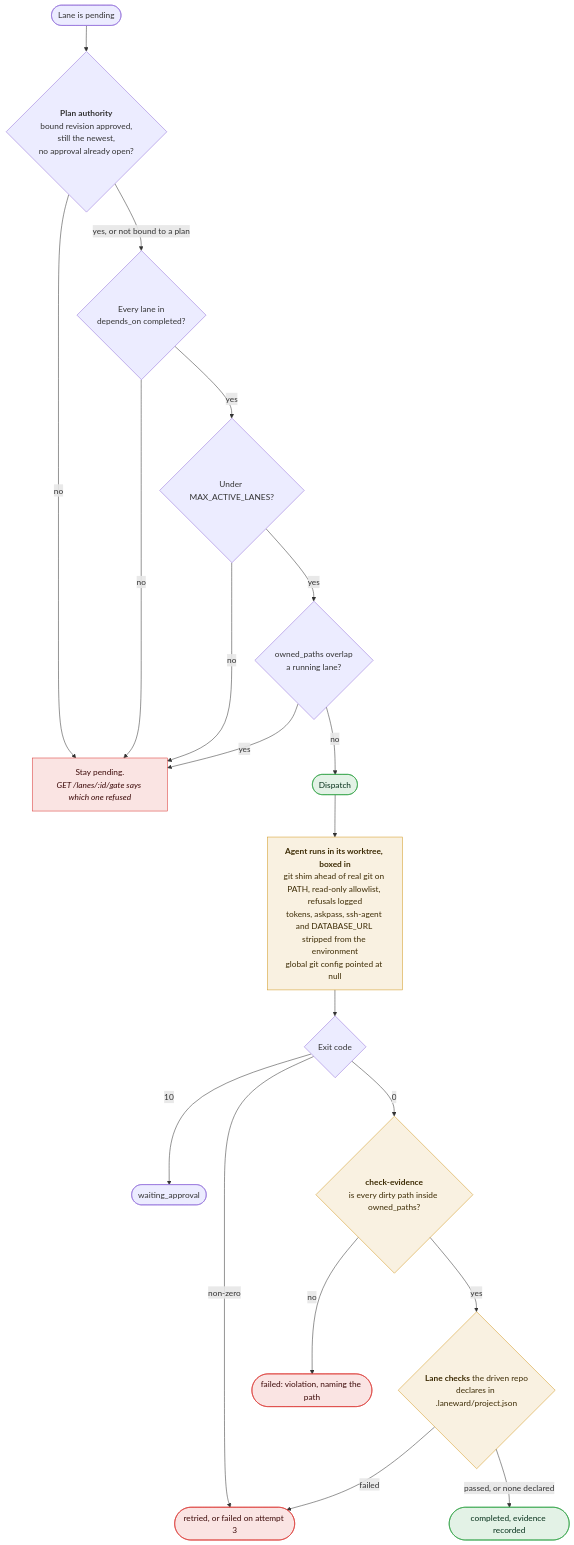
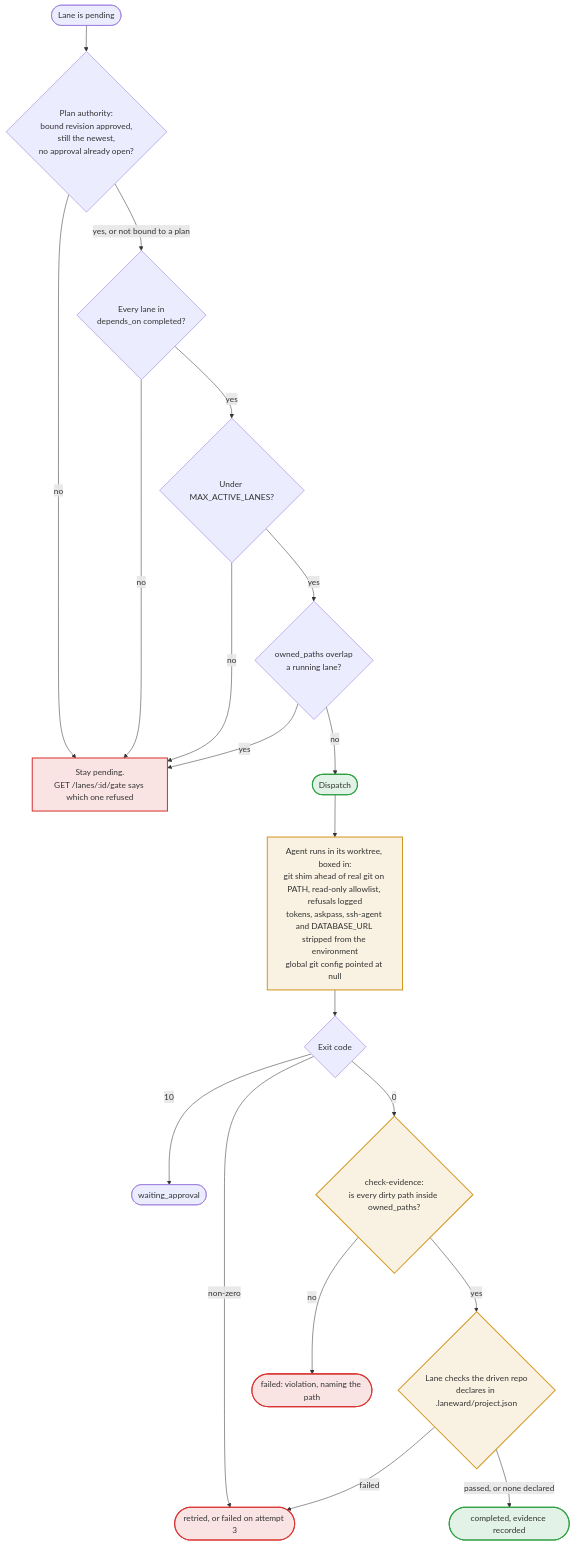
The third of 3 diagrams in README.md (aethrox/laneward), drawn with Mermaid before and after one commit. The commit also changed other lines of this file, not shown here.

First line of the commit message:
docs: make the diagrams survive dark mode and plain-text labels

````diff
--- a/README.md
+++ b/README.md
@@ -129,31 +129,31 @@
 ```mermaid
 flowchart TD
-    START(["Lane is pending"]) --> G1{"<b>Plan authority</b><br/>bound revision approved,<br/>still the newest,<br/>no approval already open?"}
-    G1 -->|no| HOLD["Stay pending.<br/><i>GET /lanes/:id/gate says which one refused</i>"]
+    START(["Lane is pending"]) --> G1{"Plan authority:<br/>bound revision approved,<br/>still the newest,<br/>no approval already open?"}
+    G1 -->|no| HOLD["Stay pending.<br/>GET /lanes/:id/gate says which one refused"]
     G1 -->|"yes, or not bound to a plan"| G2{"Every lane in<br/>depends_on completed?"}
     G2 -->|no| HOLD
     G2 -->|yes| G3{"Under MAX_ACTIVE_LANES?"}
     G3 -->|no| HOLD
     G3 -->|yes| G4{"owned_paths overlap<br/>a running lane?"}
     G4 -->|yes| HOLD
     G4 -->|no| DISPATCH(["Dispatch"])
 
-    DISPATCH --> S1["<b>Agent runs in its worktree, boxed in</b><br/>git shim ahead of real git on PATH, read-only allowlist, refusals logged<br/>tokens, askpass, ssh-agent and DATABASE_URL stripped from the environment<br/>global git config pointed at null"]
+    DISPATCH --> S1["Agent runs in its worktree, boxed in:<br/>git shim ahead of real git on PATH, read-only allowlist, refusals logged<br/>tokens, askpass, ssh-agent and DATABASE_URL stripped from the environment<br/>global git config pointed at null"]
     S1 --> EXIT{"Exit code"}
 
     EXIT -->|10| APPR(["waiting_approval"])
     EXIT -->|"non-zero"| RETRY(["retried, or failed on attempt 3"])
-    EXIT -->|0| C1{"<b>check-evidence</b><br/>is every dirty path inside owned_paths?"}
+    EXIT -->|0| C1{"check-evidence:<br/>is every dirty path inside owned_paths?"}
 
     C1 -->|no| VIOL(["failed: violation, naming the path"])
-    C1 -->|yes| C2{"<b>Lane checks</b> the driven repo<br/>declares in .laneward/project.json"}
+    C1 -->|yes| C2{"Lane checks the driven repo<br/>declares in .laneward/project.json"}
     C2 -->|failed| RETRY
     C2 -->|"passed, or none declared"| DONE(["completed, evidence recorded"])
 
-    classDef refuse fill:#da363322,stroke:#da3633,color:#3d0a09
-    classDef pass fill:#2ea04322,stroke:#2ea043,color:#06301a
-    classDef guard fill:#d2992222,stroke:#d29922,color:#3d2c05
+    classDef refuse fill:#da363322,stroke:#da3633,stroke-width:2px
+    classDef pass fill:#2ea04322,stroke:#2ea043,stroke-width:2px
+    classDef guard fill:#d2992222,stroke:#d29922,stroke-width:2px
     class HOLD,VIOL,RETRY refuse
     class DONE,DISPATCH pass
     class S1,C1,C2 guard
 ```
````
